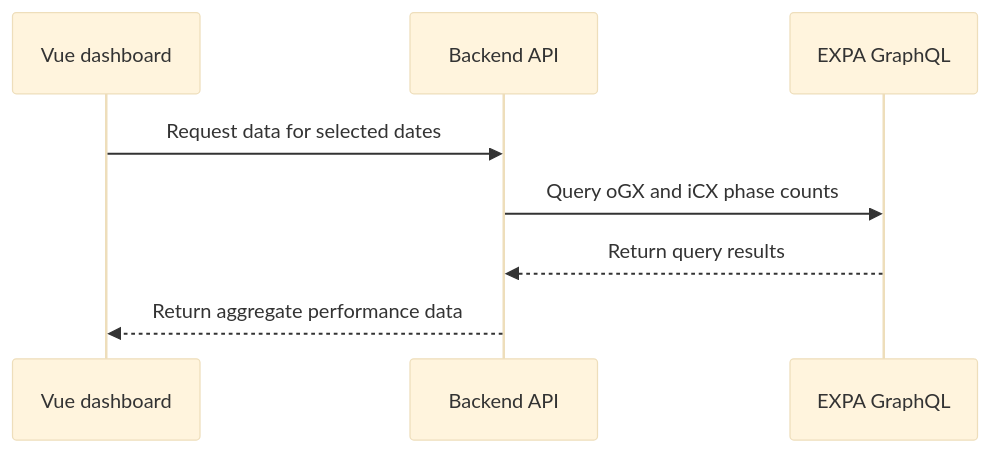
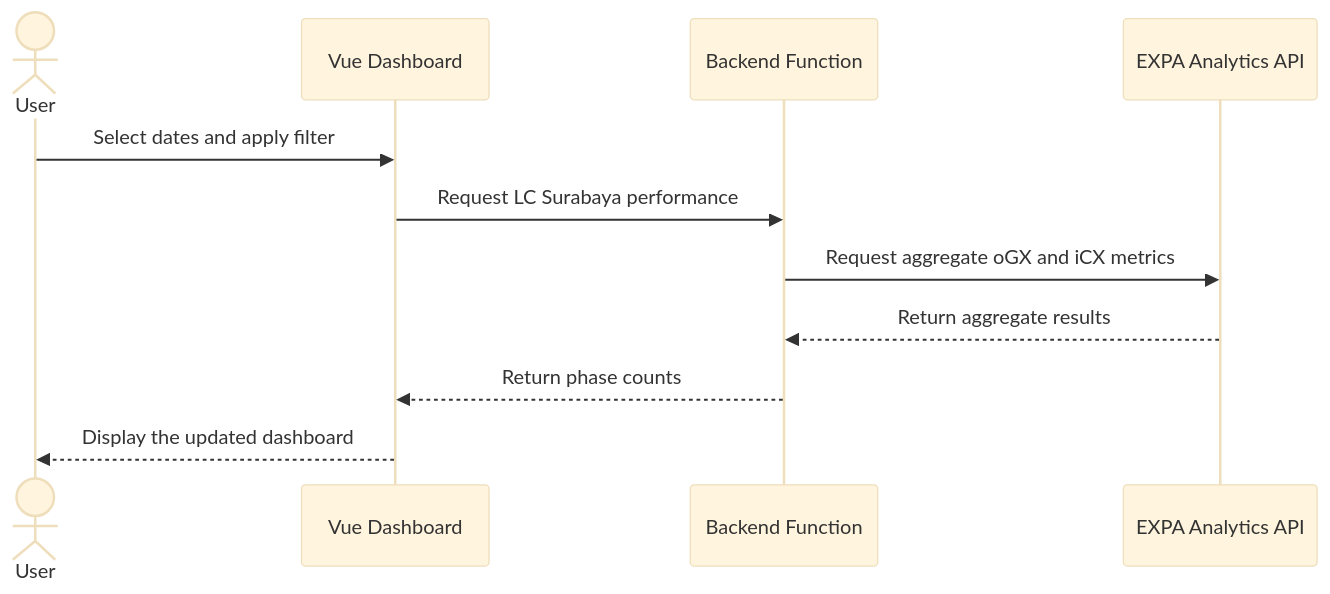
Before and after one commit to nessaagathaa/lc-performance-dashboard: the diagram in README.md, drawn with Mermaid (base theme). The commit also changed other lines of this file, not shown here.

````diff
--- a/README.md
+++ b/README.md
@@ -99,10 +105,14 @@
 ```mermaid
 sequenceDiagram
-    participant UI as Vue dashboard
-    participant API as Backend API
-    participant EXPA as EXPA GraphQL
-    UI->>API: Request data for selected dates
-    API->>EXPA: Query oGX and iCX phase counts
-    EXPA-->>API: Return query results
-    API-->>UI: Return aggregate performance data
+    actor User
+    participant UI as Vue Dashboard
+    participant API as Backend Function
+    participant EXPA as EXPA Analytics API
+
+    User->>UI: Select dates and apply filter
+    UI->>API: Request LC Surabaya performance
+    API->>EXPA: Request aggregate oGX and iCX metrics
+    EXPA-->>API: Return aggregate results
+    API-->>UI: Return phase counts
+    UI-->>User: Display the updated dashboard
 ```
````
